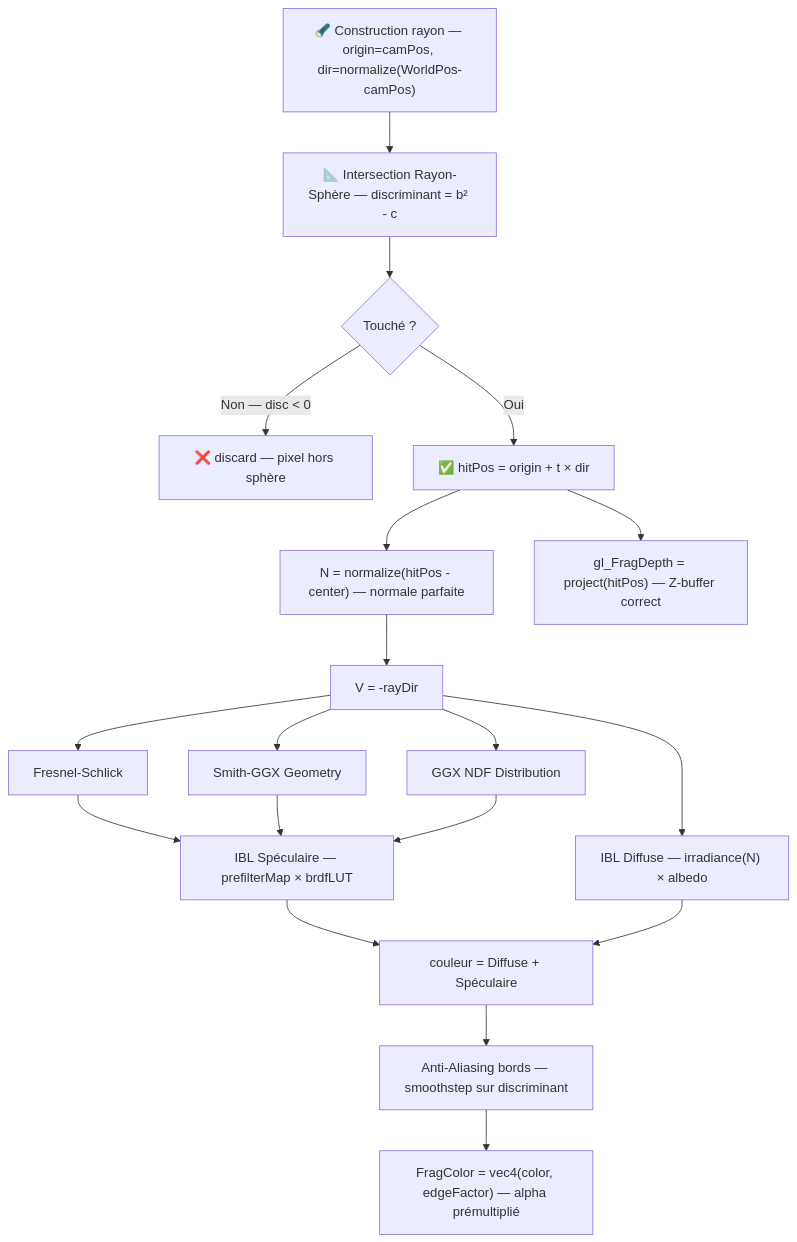
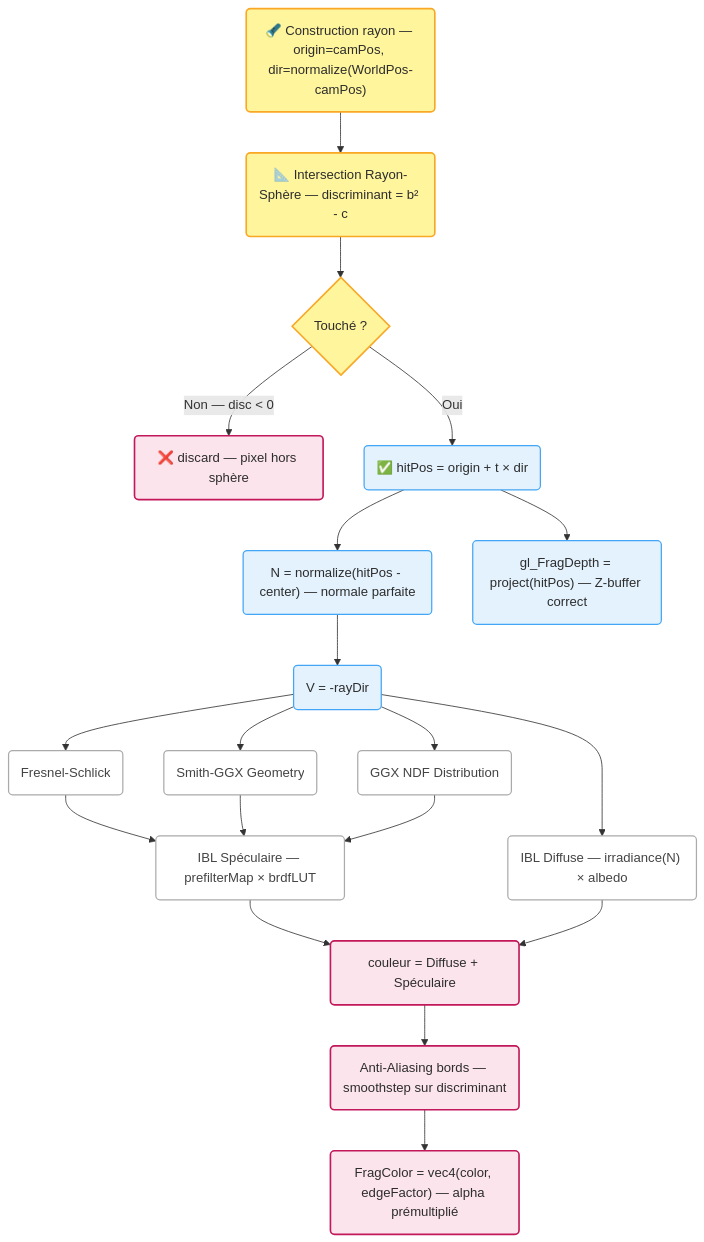
Before and after one commit to yoyonel/blog_source: diagram 15 of 17 in content/suckless-ogl-anatomie-frame.md, drawn with Mermaid. The commit also changed other lines of this file and 4 other files, not shown here.

First line of the commit message:
refactor(mermaid): hand-drawn style + forced light mode for all browsers

```diff
--- a/content/suckless-ogl-anatomie-frame.md
+++ b/content/suckless-ogl-anatomie-frame.md
@@ -755,19 +829,29 @@
 <pre class="mermaid">
 graph TD
-    R["🔦 Construction rayon — origin=camPos, dir=normalize(WorldPos-camPos)"]
-    R --> INT["📐 Intersection Rayon-Sphère — discriminant = b² - c"]
+    R("🔦 Construction rayon — origin=camPos, dir=normalize(WorldPos-camPos)")
+    R --> INT("📐 Intersection Rayon-Sphère — discriminant = b² - c")
     INT --> HIT{"Touché ?"}
-    HIT -->|"Non — disc < 0"| DISCARD["❌ discard — pixel hors sphère"]
-    HIT -->|"Oui"| HITPOS["✅ hitPos = origin + t × dir"]
-    HITPOS --> NORMAL["N = normalize(hitPos - center) — normale parfaite"]
-    HITPOS --> DEPTH["gl_FragDepth = project(hitPos) — Z-buffer correct"]
-    NORMAL --> PBR["V = -rayDir"]
-    PBR --> FRESNEL["Fresnel-Schlick"]
-    PBR --> GGX["Smith-GGX Geometry"]
-    PBR --> NDF["GGX NDF Distribution"]
-    FRESNEL & GGX & NDF --> SPEC["IBL Spéculaire — prefilterMap × brdfLUT"]
-    PBR --> DIFF["IBL Diffuse — irradiance(N) × albedo"]
-    SPEC & DIFF --> FINAL["couleur = Diffuse + Spéculaire"]
-    FINAL --> AA["Anti-Aliasing bords — smoothstep sur discriminant"]
-    AA --> ALPHA["FragColor = vec4(color, edgeFactor) — alpha prémultiplié"]
+    HIT -->|"Non — disc < 0"| DISCARD("❌ discard — pixel hors sphère")
+    HIT -->|"Oui"| HITPOS("✅ hitPos = origin + t × dir")
+    HITPOS --> NORMAL("N = normalize(hitPos - center) — normale parfaite")
+    HITPOS --> DEPTH("gl_FragDepth = project(hitPos) — Z-buffer correct")
+    NORMAL --> PBR("V = -rayDir")
+    PBR --> FRESNEL("Fresnel-Schlick")
+    PBR --> GGX("Smith-GGX Geometry")
+    PBR --> NDF("GGX NDF Distribution")
+    FRESNEL & GGX & NDF --> SPEC("IBL Spéculaire — prefilterMap × brdfLUT")
+    PBR --> DIFF("IBL Diffuse — irradiance(N) × albedo")
+    SPEC & DIFF --> FINAL("couleur = Diffuse + Spéculaire")
+    FINAL --> AA("Anti-Aliasing bords — smoothstep sur discriminant")
+    AA --> ALPHA("FragColor = vec4(color, edgeFactor) — alpha prémultiplié")
+
+    classDef keyFunc fill:#fff59d,stroke:#f9a825,stroke-width:2px,color:#2d2d2d
+    classDef compute fill:#e3f2fd,stroke:#42a5f5,stroke-width:1.5px,color:#2d2d2d
+    classDef entryExit fill:#fce4ec,stroke:#c2185b,stroke-width:2px,color:#2d2d2d
+    classDef subsystem fill:#ffffff,stroke:#aaaaaa,stroke-width:1.5px,color:#444444
+
+    class R,INT,HIT keyFunc
+    class HITPOS,NORMAL,DEPTH,PBR compute
+    class FRESNEL,GGX,NDF,SPEC,DIFF subsystem
+    class FINAL,AA,ALPHA,DISCARD entryExit
 </pre>
```
